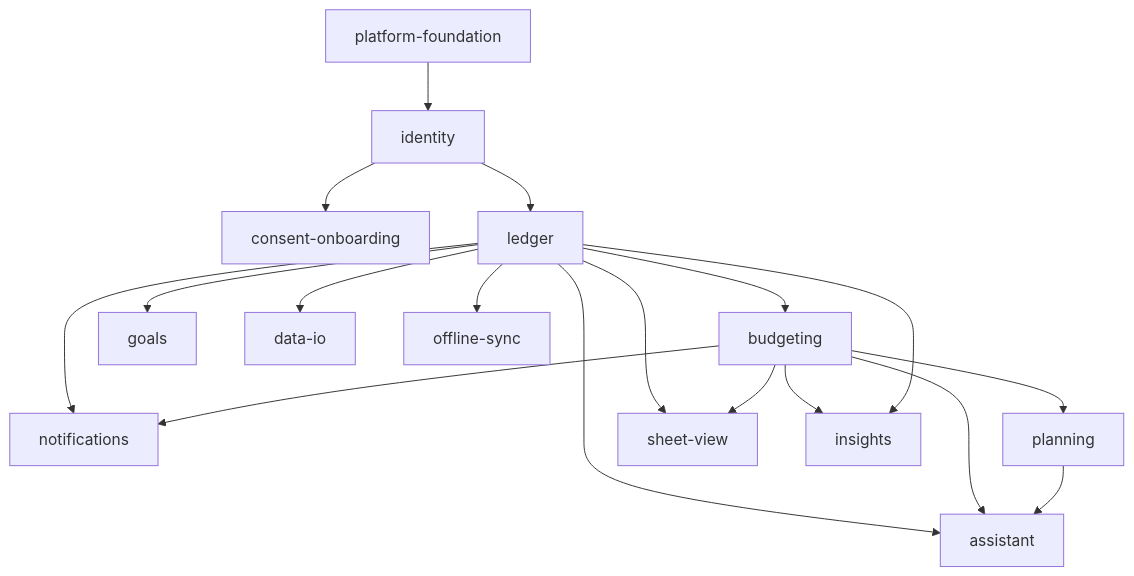
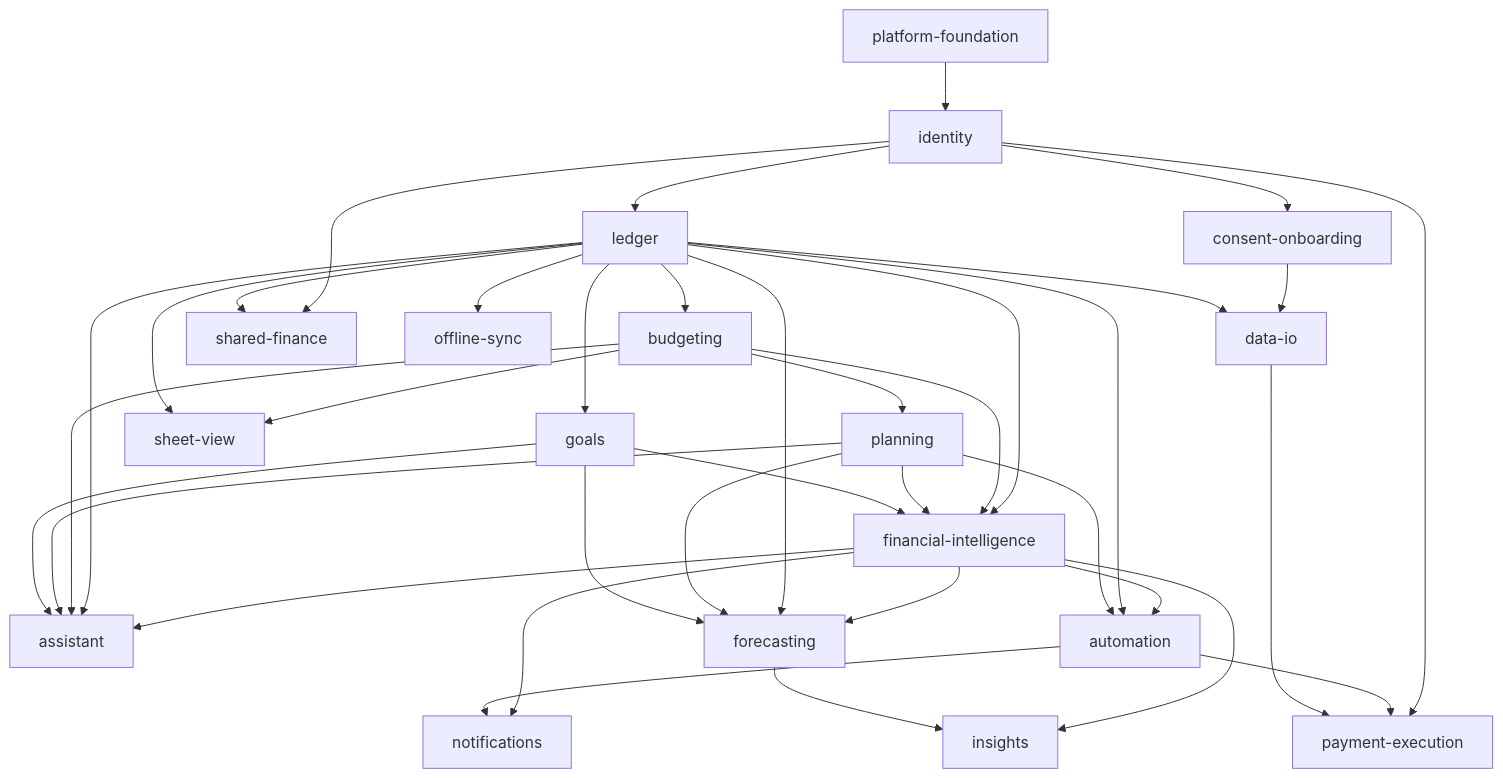
Before and after one commit to EL-HOUSS-BRAHIM/Budgetify: the diagram in docs/CAPABILITY-MAP.md, drawn with Mermaid. The commit also changed other lines of this file and 17 other files, not shown here.

````diff
--- a/docs/CAPABILITY-MAP.md
+++ b/docs/CAPABILITY-MAP.md
@@ -29,20 +35,39 @@
 ```mermaid
 graph TD
     PF[platform-foundation] --> ID[identity]
     ID --> CO[consent-onboarding]
     ID --> LG[ledger]
     LG --> BG[budgeting]
-    BG --> NT[notifications]
-    LG --> NT
     BG --> PL[planning]
-    BG --> SV[sheet-view]
-    LG --> SV
-    PL --> AS[assistant]
-    BG --> AS
-    LG --> AS
-    LG --> IN[insights]
-    BG --> IN
     LG --> GL[goals]
+     LG --> FI[financial-intelligence]
+     BG --> FI
+     PL --> FI
+     GL --> FI
+     FI --> AS[assistant]
+     LG --> AS
+     BG --> AS
+     PL --> AS
+     GL --> AS
+     FI --> FC[forecasting]
+     LG --> FC
+     PL --> FC
+     GL --> FC
+     FI --> AU[automation]
+     LG --> AU
+     PL --> AU
+     FI --> NT[notifications]
+     AU --> NT
+     FI --> IN[insights]
+     FC --> IN
+     CO --> IO[data-io]
     LG --> IO[data-io]
+     ID --> SF[shared-finance]
+     LG --> SF
+     ID --> PE[payment-execution]
+     AU --> PE
+     IO --> PE
     LG --> OS[offline-sync]
+     BG --> SV[sheet-view]
+     LG --> SV
 ```
````
